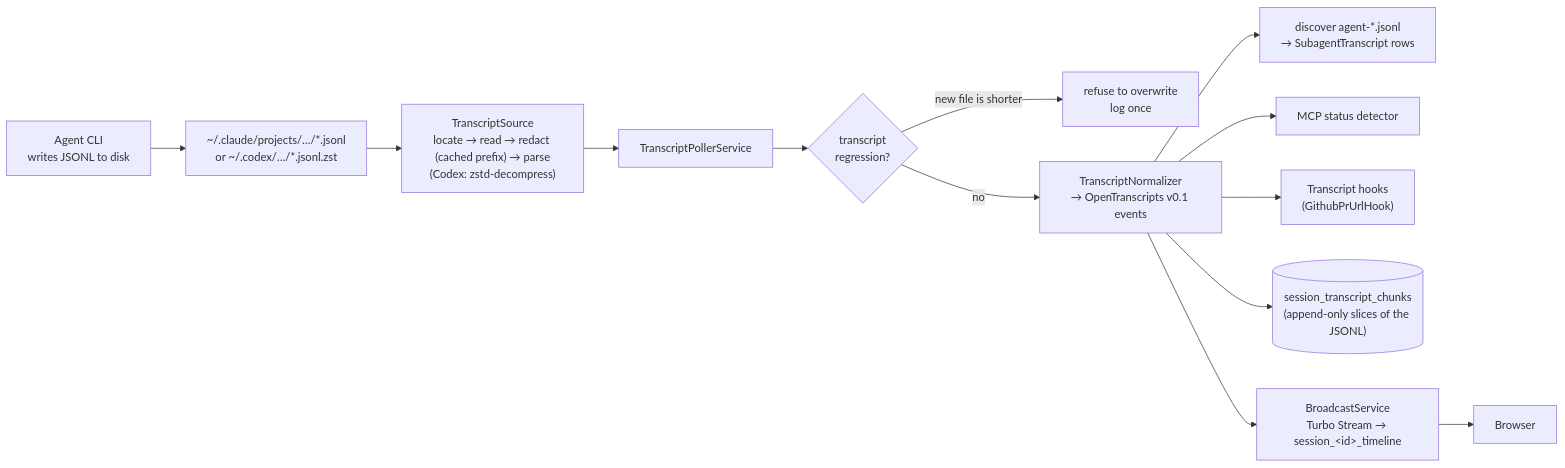
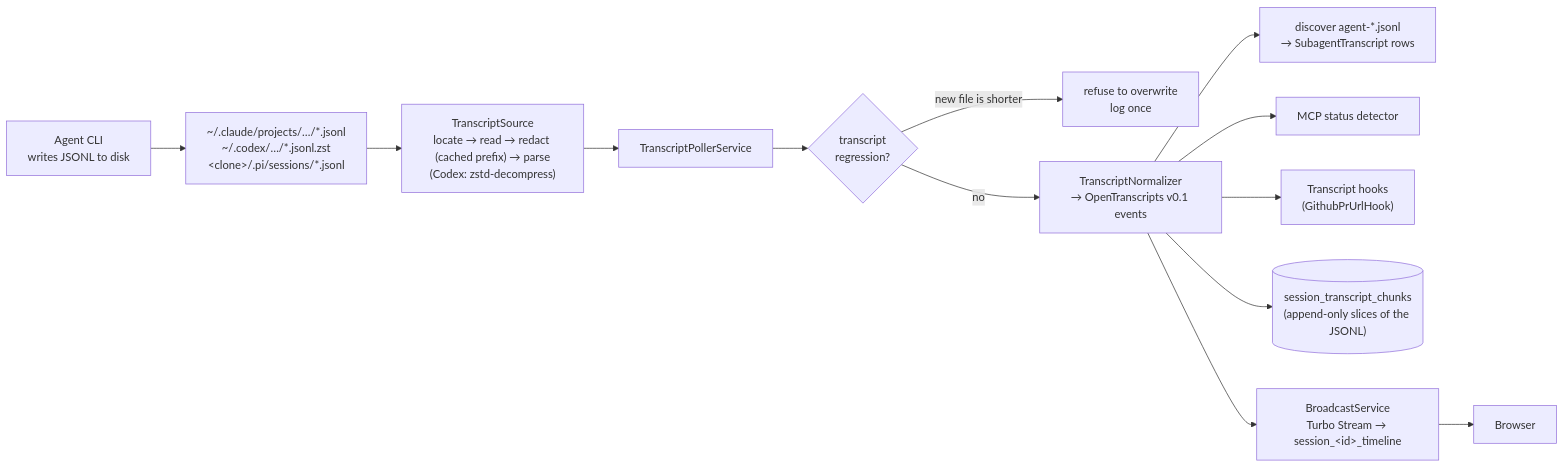
Before and after one commit to tadasant/zimmer: the first of 2 diagrams in docs/src/content/docs/sessions/transcripts.md, drawn with Mermaid. The commit also changed other lines of this file and 23 other files, not shown here.

````diff
--- a/docs/src/content/docs/sessions/transcripts.md
+++ b/docs/src/content/docs/sessions/transcripts.md
@@ -13,15 +13,15 @@
 ```mermaid
 flowchart LR
-    CLI["Agent CLI<br/>writes JSONL to disk"] --> F["~/.claude/projects/…/*.jsonl<br/>or ~/.codex/…/*.jsonl.zst"]
+    CLI["Agent CLI<br/>writes JSONL to disk"] --> F["~/.claude/projects/…/*.jsonl<br/>~/.codex/…/*.jsonl.zst<br/>&lt;clone&gt;/.pi/sessions/*.jsonl"]
     F --> TS["TranscriptSource<br/>locate → read → redact (cached prefix) → parse<br/>(Codex: zstd-decompress)"]
     TS --> TP["TranscriptPollerService"]
     TP --> RG{"transcript<br/>regression?"}
     RG -->|"new file is shorter"| SKIP["refuse to overwrite<br/>log once"]
     RG -->|no| NM["TranscriptNormalizer<br/>→ OpenTranscripts v0.1 events"]
     NM --> SUB["discover agent-*.jsonl<br/>→ SubagentTranscript rows"]
     NM --> MCP["MCP status detector"]
     NM --> HK["Transcript hooks<br/>(GithubPrUrlHook)"]
     NM --> DB[("session_transcript_chunks<br/>(append-only slices of the JSONL)")]
     NM --> BC["BroadcastService<br/>Turbo Stream → session_&lt;id&gt;_timeline"]
     BC --> UI["Browser"]
 ```
````
